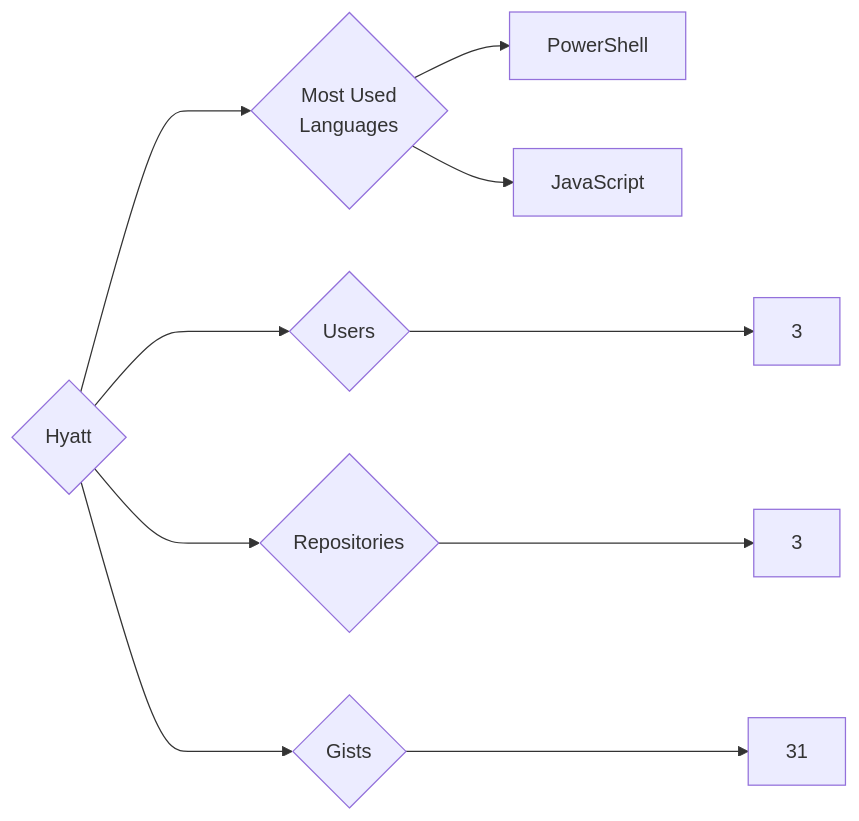
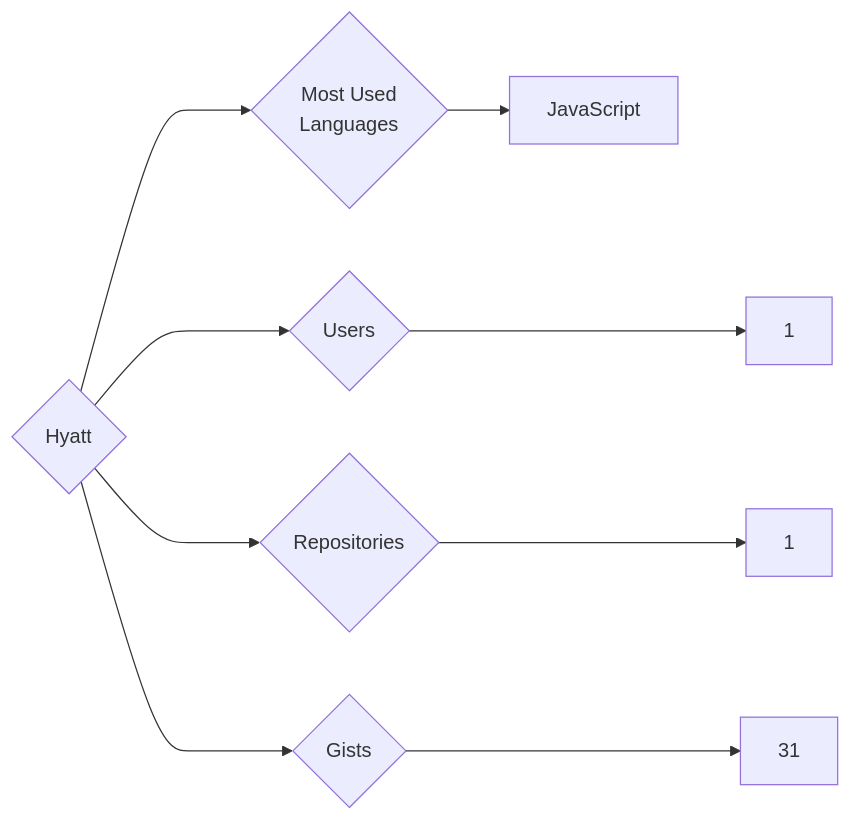
Before and after one commit to trickest/insiders: the diagram in targets/Hyatt/README.md, drawn with Mermaid. The commit also changed 840 other files, not shown here.

````diff
--- a/targets/Hyatt/README.md
+++ b/targets/Hyatt/README.md
@@ -3,10 +3,9 @@
 ```mermaid
 graph LR
 COMPANY_NAME{Hyatt}
-COMPANY_NAME ---> U{Users} ---> UN[3]
-COMPANY_NAME ---> R{Repositories} ---> RN[3]
+COMPANY_NAME ---> U{Users} ---> UN[1]
+COMPANY_NAME ---> R{Repositories} ---> RN[1]
 COMPANY_NAME ---> G{Gists} ---> GN[31]
 COMPANY_NAME ---> ML{Most Used<br>Languages}
-ML --> PowerShell[PowerShell]
 ML --> JavaScript[JavaScript]
 ```
````
